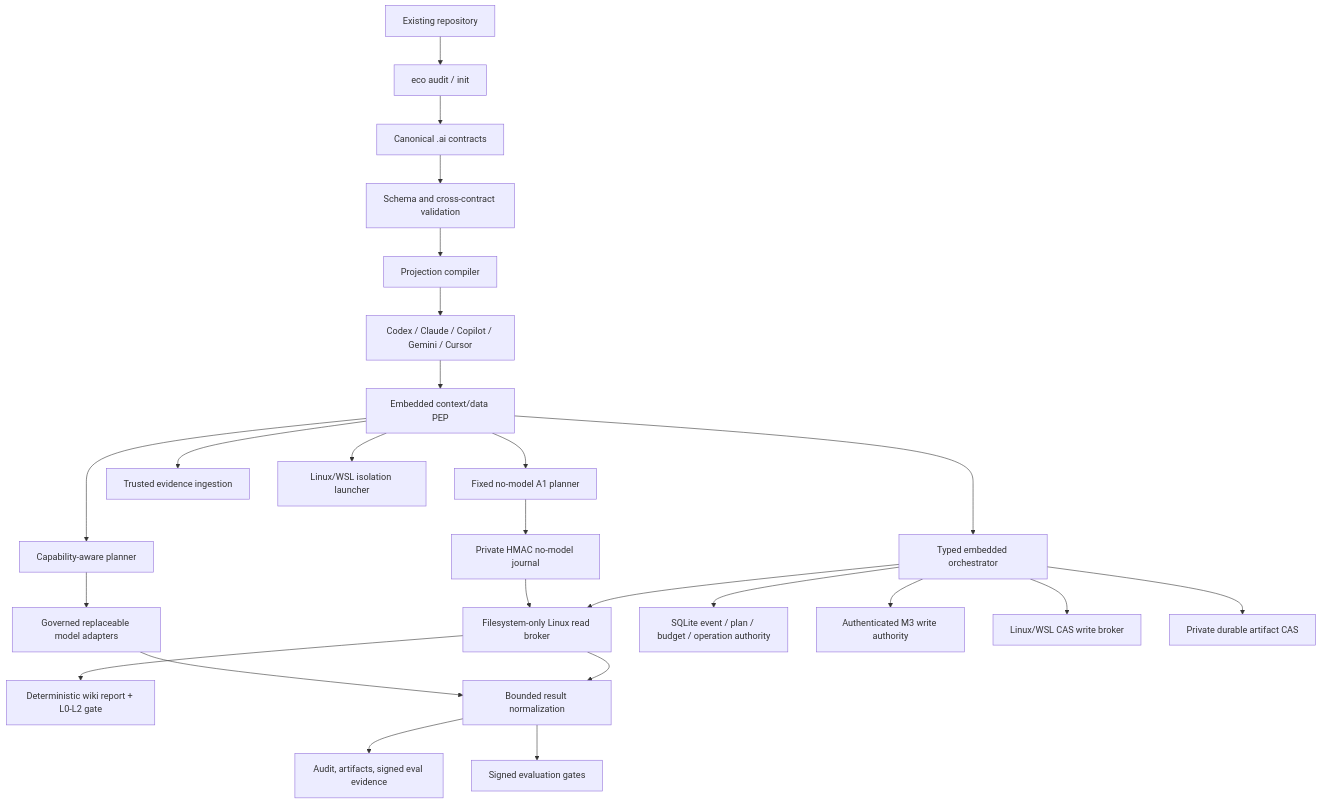
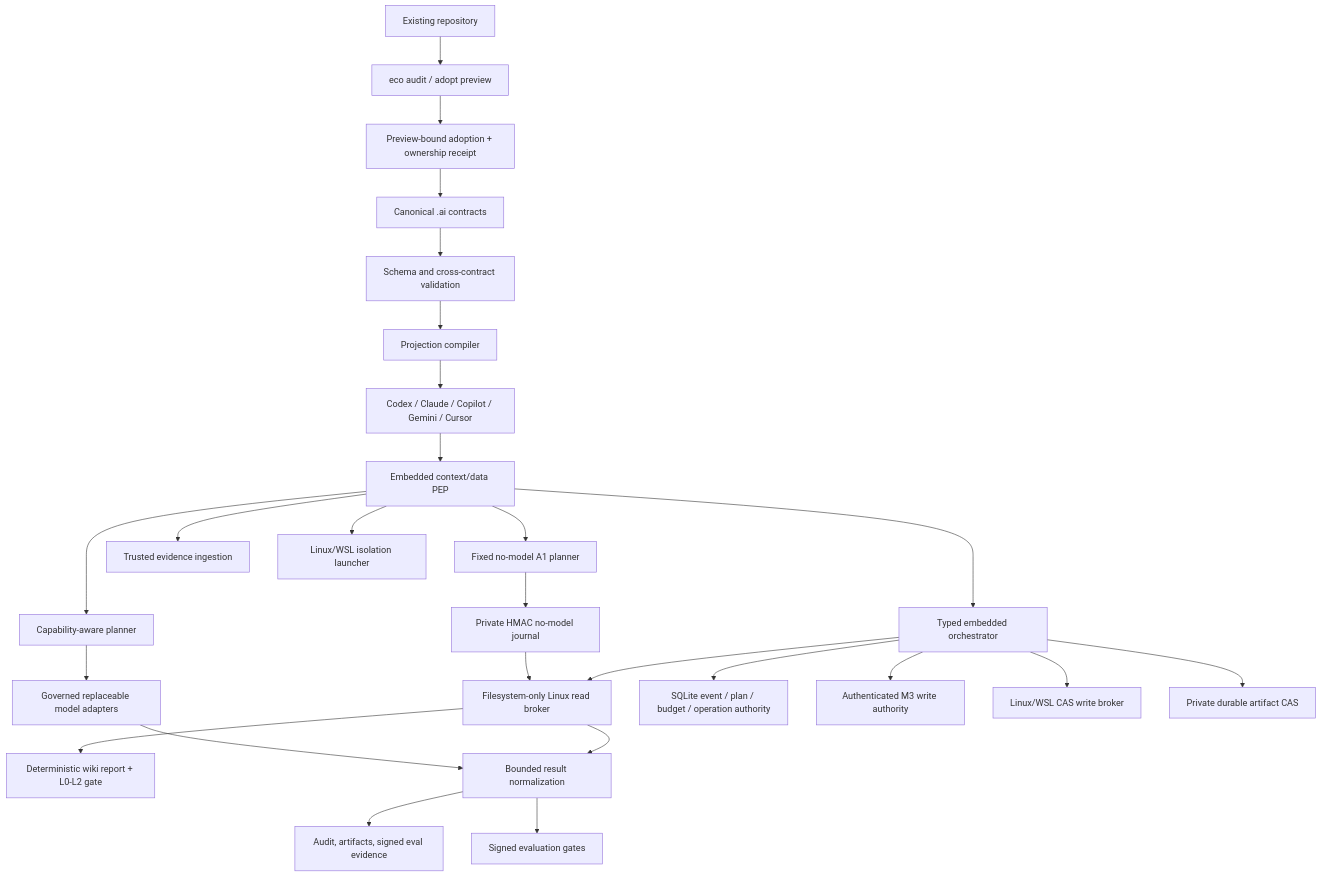
One commit to cyberdid/ecosystem changed the diagram in docs/architecture/README.md. Above: the diagram before and after it, drawn with Mermaid. The commit also changed other lines of this file and 24 other files, not shown here.

````diff
--- a/docs/architecture/README.md
+++ b/docs/architecture/README.md
@@ -9,28 +9,29 @@
 ```mermaid
 flowchart TB
-    R["Existing repository"] --> A["eco audit / init"]
-    A --> C["Canonical .ai contracts"]
+    R["Existing repository"] --> A["eco audit / adopt preview"]
+    A --> AP["Preview-bound adoption + ownership receipt"]
+    AP --> C["Canonical .ai contracts"]
     C --> V["Schema and cross-contract validation"]
     V --> P["Projection compiler"]
     P --> H["Codex / Claude / Copilot / Gemini / Cursor"]
 
     H --> DPEP["Embedded context/data PEP"]
     DPEP --> ROUTER["Capability-aware planner"]
     ROUTER --> ADAPTERS["Governed replaceable model adapters"]
     DPEP --> ORCH["Typed embedded orchestrator"]
     DPEP --> NOMODEL["Fixed no-model A1 planner"]
     NOMODEL --> NMJOURNAL["Private HMAC no-model journal"]
     NMJOURNAL --> BROKER
     BROKER --> NMEVAL["Deterministic wiki report + L0-L2 gate"]
     ORCH --> STORE["SQLite event / plan / budget / operation authority"]
     ORCH --> BROKER["Filesystem-only Linux read broker"]
     ORCH --> WRITEAUTH["Authenticated M3 write authority"]
     ORCH --> WRITEBROKER["Linux/WSL CAS write broker"]
     ORCH --> CAS["Private durable artifact CAS"]
     DPEP --> EVIDENCE["Trusted evidence ingestion"]
     DPEP --> ISOLATION["Linux/WSL isolation launcher"]
     ADAPTERS --> OUT["Bounded result normalization"]
     BROKER --> OUT
     OUT --> AUDIT["Audit, artifacts, signed eval evidence"]
     OUT --> EVAL["Signed evaluation gates"]
 ```
````
